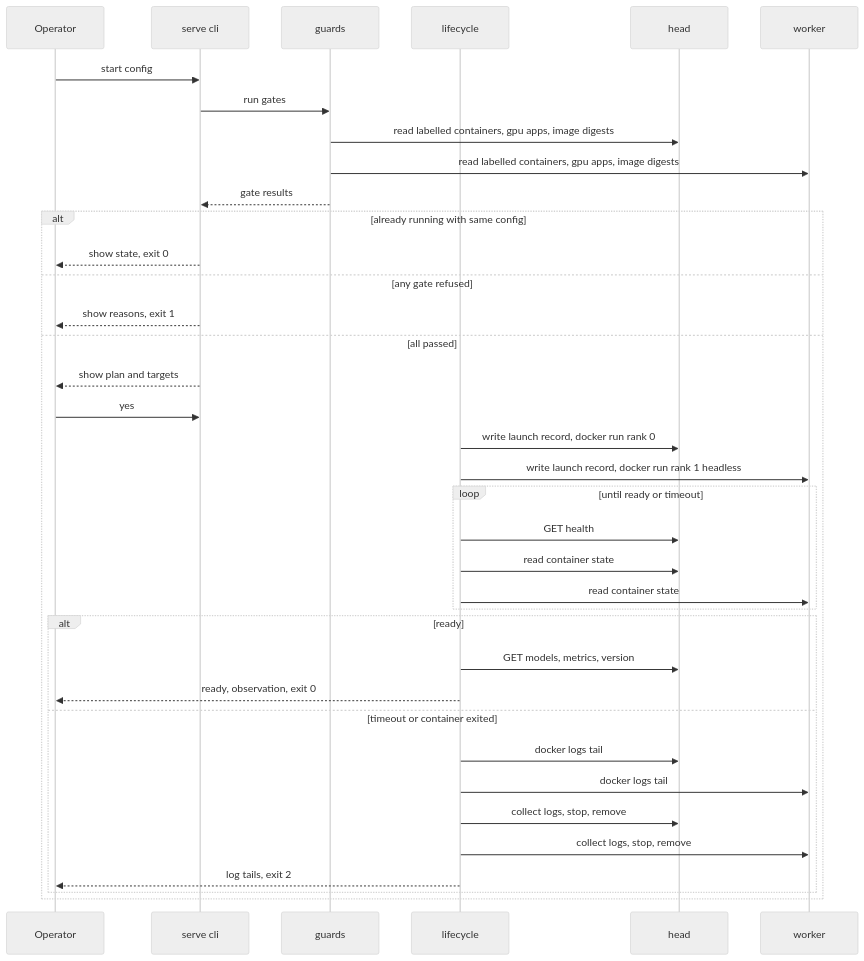
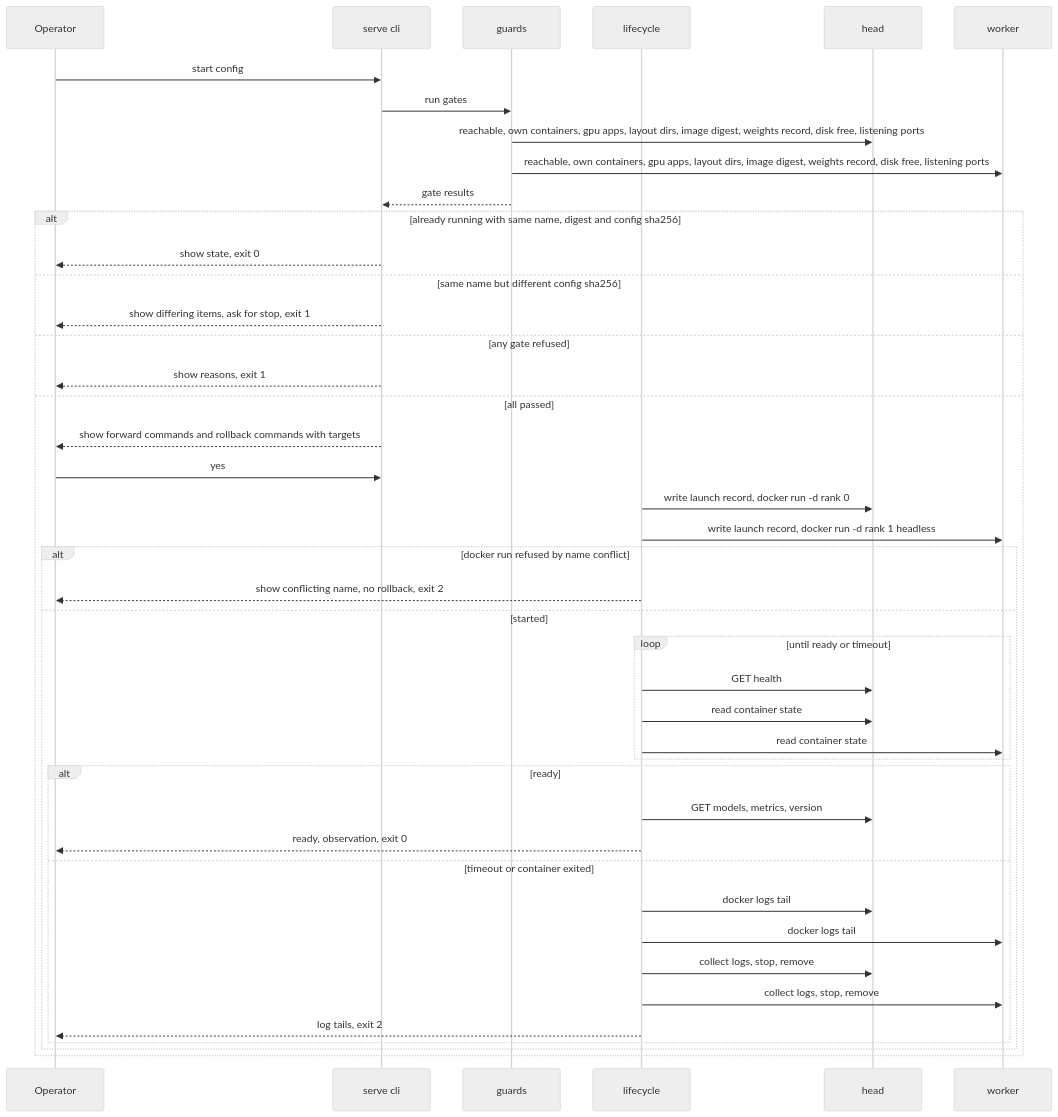
Before and after one commit to ideo-plus/DGX-Spark-x2-GLM5.3-Flash-NVFP4-vLLM-Recipe: the second of 3 diagrams in .kiro/specs/vllm-baseline/design.md, drawn with Mermaid (neutral theme). The commit also changed other lines of this file and 1 other file, not shown here.

````diff
--- a/.kiro/specs/vllm-baseline/design.md
+++ b/.kiro/specs/vllm-baseline/design.md
@@ -235,39 +229,45 @@
 ```mermaid
 sequenceDiagram
     participant Op as Operator
     participant Cli as serve cli
     participant Gd as guards
     participant Lc as lifecycle
     participant Hd as head
     participant Wk as worker
     Op->>Cli: start config
     Cli->>Gd: run gates
-    Gd->>Hd: read labelled containers, gpu apps, image digests
-    Gd->>Wk: read labelled containers, gpu apps, image digests
+    Gd->>Hd: reachable, own containers, gpu apps, layout dirs, image digest, weights record, disk free, listening ports
+    Gd->>Wk: reachable, own containers, gpu apps, layout dirs, image digest, weights record, disk free, listening ports
     Gd-->>Cli: gate results
-    alt already running with same config
+    alt already running with same name, digest and config sha256
         Cli-->>Op: show state, exit 0
+    else same name but different config sha256
+        Cli-->>Op: show differing items, ask for stop, exit 1
     else any gate refused
         Cli-->>Op: show reasons, exit 1
     else all passed
-        Cli-->>Op: show plan and targets
+        Cli-->>Op: show forward commands and rollback commands with targets
         Op->>Cli: yes
-        Lc->>Hd: write launch record, docker run rank 0
-        Lc->>Wk: write launch record, docker run rank 1 headless
-        loop until ready or timeout
-            Lc->>Hd: GET health
-            Lc->>Hd: read container state
-            Lc->>Wk: read container state
-        end
-        alt ready
-            Lc->>Hd: GET models, metrics, version
-            Lc-->>Op: ready, observation, exit 0
-        else timeout or container exited
-            Lc->>Hd: docker logs tail
-            Lc->>Wk: docker logs tail
-            Lc->>Hd: collect logs, stop, remove
-            Lc->>Wk: collect logs, stop, remove
-            Lc-->>Op: log tails, exit 2
+        Lc->>Hd: write launch record, docker run -d rank 0
+        Lc->>Wk: write launch record, docker run -d rank 1 headless
+        alt docker run refused by name conflict
+            Lc-->>Op: show conflicting name, no rollback, exit 2
+        else started
+            loop until ready or timeout
+                Lc->>Hd: GET health
+                Lc->>Hd: read container state
+                Lc->>Wk: read container state
+            end
+            alt ready
+                Lc->>Hd: GET models, metrics, version
+                Lc-->>Op: ready, observation, exit 0
+            else timeout or container exited
+                Lc->>Hd: docker logs tail
+                Lc->>Wk: docker logs tail
+                Lc->>Hd: collect logs, stop, remove
+                Lc->>Wk: collect logs, stop, remove
+                Lc-->>Op: log tails, exit 2
+            end
         end
     end
 ```
````
